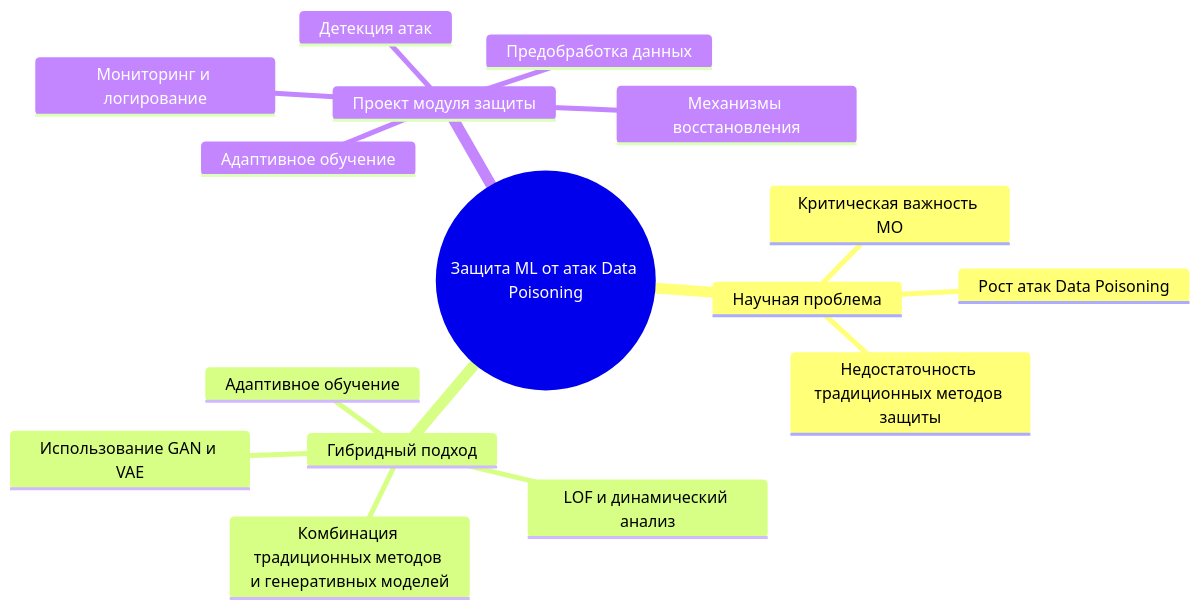
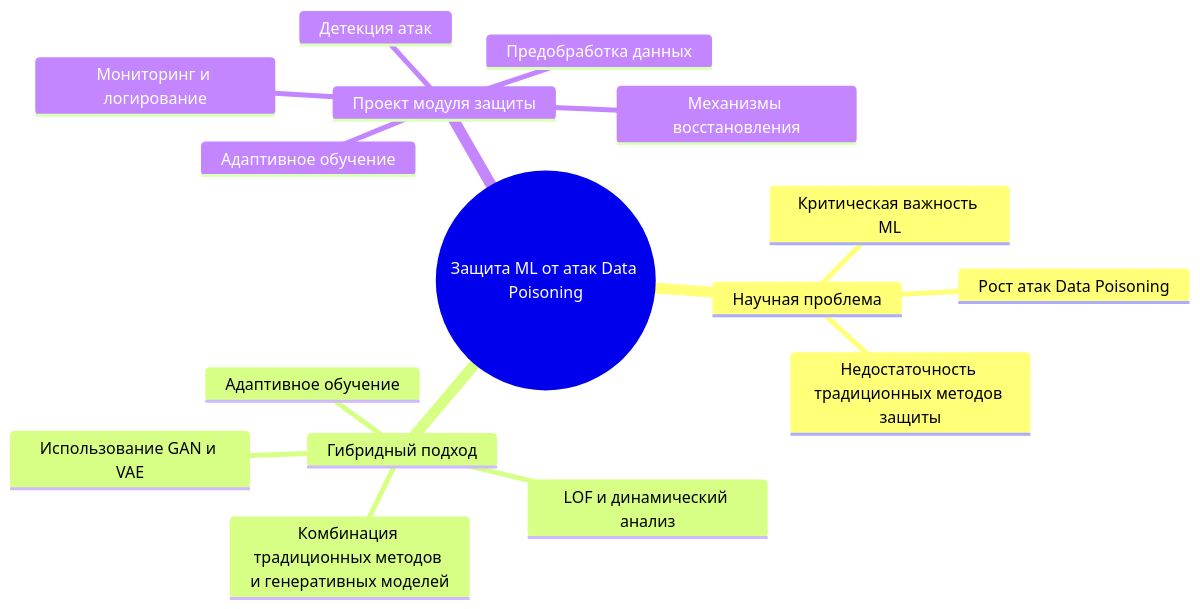
The diagram in README.md (PanOlifer/Hybrid-Anomaly-Detection-Adaptive-Model-Training-HADAMT), drawn with Mermaid before and after one commit.

````diff
--- a/README.md
+++ b/README.md
@@ -175,19 +175,19 @@
 ```mermaid
 mindmap
   root((Защита ML от атак Data Poisoning))
     Научная проблема
       Рост атак Data Poisoning
-      Критическая важность МО
+      Критическая важность ML
       Недостаточность традиционных методов защиты
     Гибридный подход
       Комбинация традиционных методов и генеративных моделей
       Использование GAN и VAE
       LOF и динамический анализ
       Адаптивное обучение
     Проект модуля защиты
       Предобработка данных
       Детекция атак
       Адаптивное обучение
       Механизмы восстановления
       Мониторинг и логирование
 ```
````
